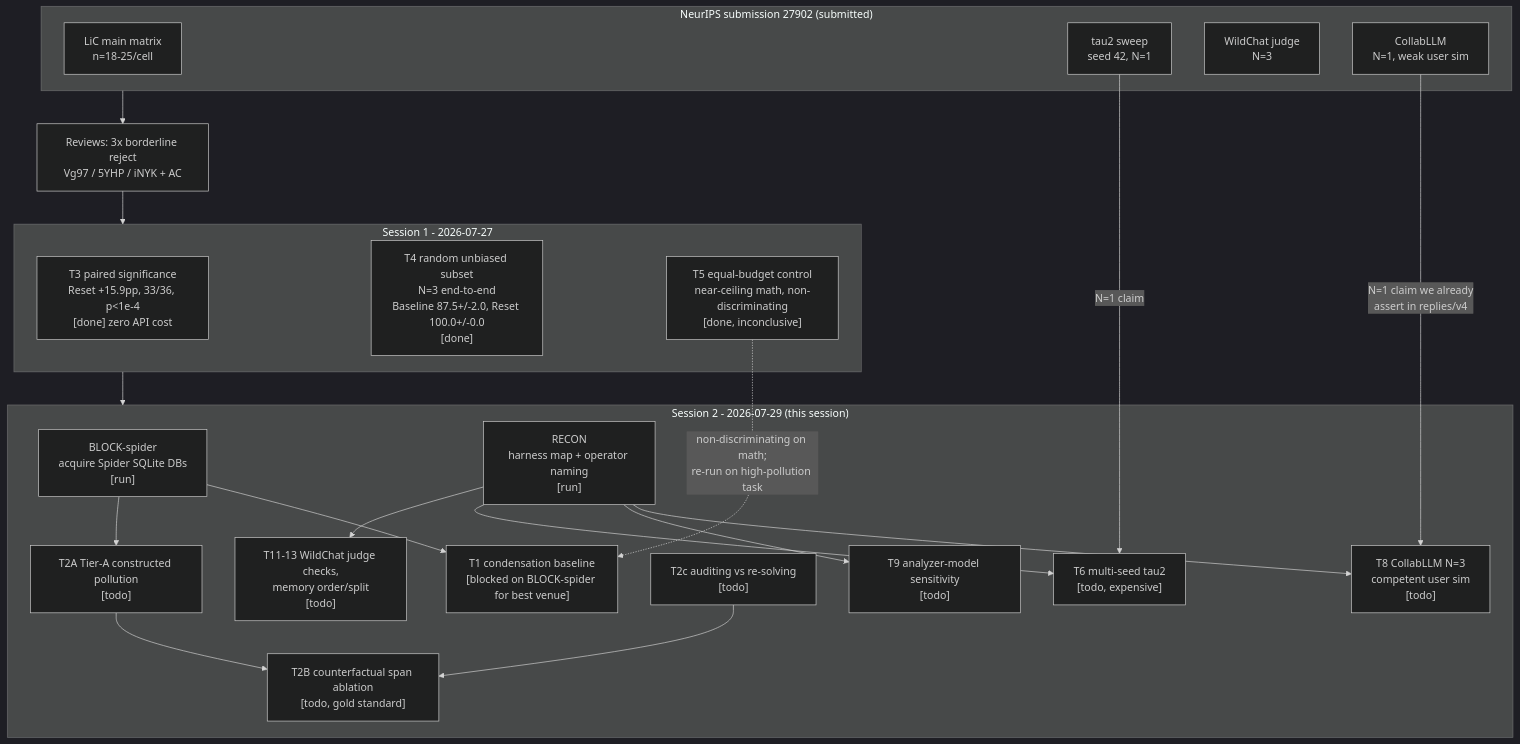
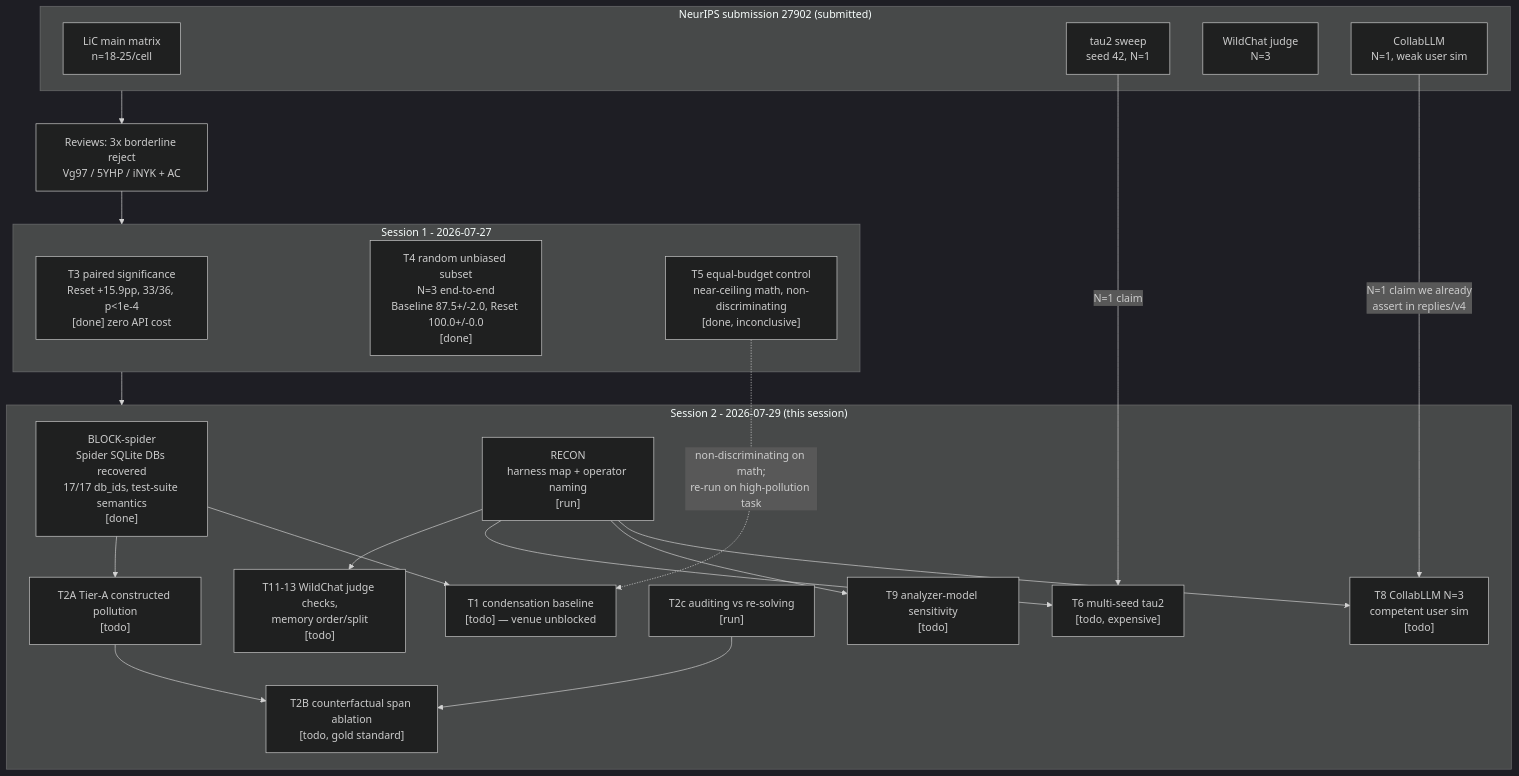
Before and after one commit to matt-seb-ho/ctx_editor: the diagram in neurips_review/autoresearch/PROVENANCE.md, drawn with Mermaid (dark theme). The commit also changed other lines of this file and 3 other files, not shown here.

````diff
--- a/neurips_review/autoresearch/PROVENANCE.md
+++ b/neurips_review/autoresearch/PROVENANCE.md
@@ -11,46 +11,46 @@
 ```mermaid
 graph TD
   subgraph PAPER["NeurIPS submission 27902 (submitted)"]
     P0["LiC main matrix<br/>n=18-25/cell"]
     P1["tau2 sweep<br/>seed 42, N=1"]
     P2["WildChat judge<br/>N=3"]
     P3["CollabLLM<br/>N=1, weak user sim"]
   end
 
   R["Reviews: 3x borderline reject<br/>Vg97 / 5YHP / iNYK + AC"]
   PAPER --> R
 
   subgraph S1["Session 1 - 2026-07-27"]
     T3["T3 paired significance<br/>Reset +15.9pp, 33/36, p&lt;1e-4<br/>[done] zero API cost"]
     T4["T4 random unbiased subset<br/>N=3 end-to-end<br/>Baseline 87.5+/-2.0, Reset 100.0+/-0.0<br/>[done]"]
     T5["T5 equal-budget control<br/>near-ceiling math, non-discriminating<br/>[done, inconclusive]"]
   end
   R --> S1
 
   subgraph S2["Session 2 - 2026-07-29 (this session)"]
-    BLK["BLOCK-spider<br/>acquire Spider SQLite DBs<br/>[run]"]
+    BLK["BLOCK-spider<br/>Spider SQLite DBs recovered<br/>17/17 db_ids, test-suite semantics<br/>[done]"]
     RC["RECON<br/>harness map + operator naming<br/>[run]"]
     T8["T8 CollabLLM N=3<br/>competent user sim<br/>[todo]"]
     T9["T9 analyzer-model sensitivity<br/>[todo]"]
     T2A["T2A Tier-A constructed pollution<br/>[todo]"]
-    T2C["T2c auditing vs re-solving<br/>[todo]"]
-    T1["T1 condensation baseline<br/>[blocked on BLOCK-spider for best venue]"]
+    T2C["T2c auditing vs re-solving<br/>[run]"]
+    T1["T1 condensation baseline<br/>[todo] — venue unblocked"]
     T11["T11-13 WildChat judge checks,<br/>memory order/split<br/>[todo]"]
     T6["T6 multi-seed tau2<br/>[todo, expensive]"]
     T2B["T2B counterfactual span ablation<br/>[todo, gold standard]"]
   end
   S1 --> S2
 
   RC --> T8
   RC --> T9
   RC --> T6
   RC --> T11
   BLK --> T1
   BLK --> T2A
   T5 -.->|"non-discriminating on math;<br/>re-run on high-pollution task"| T1
   T2A --> T2B
   T2C --> T2B
 
   P3 -->|"N=1 claim we already<br/>assert in replies/v4"| T8
   P1 -->|"N=1 claim"| T6
 ```
````
